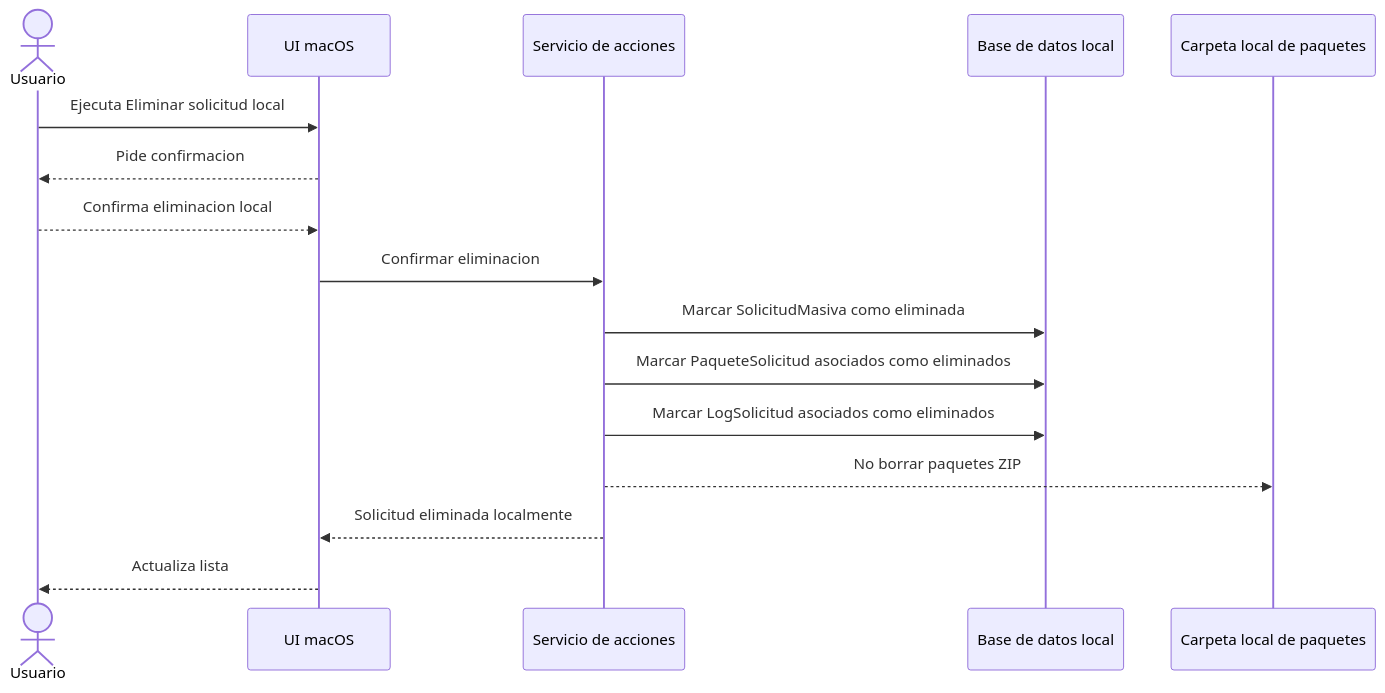
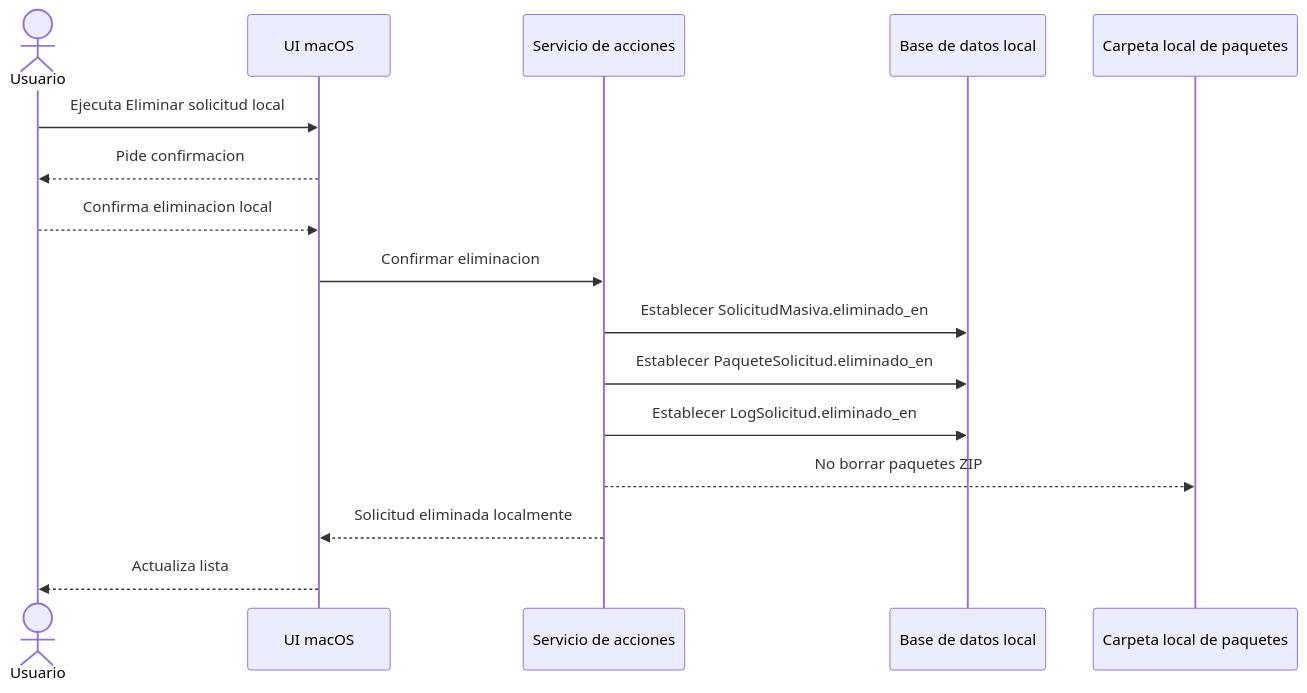
Before and after one commit to irritila/sat-cfdi-downloader: diagram 11 of 21 in docs/architecture.md, drawn with Mermaid. The commit also changed other lines of this file and 6 other files, not shown here.

````diff
--- a/docs/architecture.md
+++ b/docs/architecture.md
@@ -682,19 +697,19 @@
 ```mermaid
 sequenceDiagram
     actor Usuario
     participant UI as UI macOS
     participant Acciones as Servicio de acciones
     participant DB as Base de datos local
     participant Archivos as Carpeta local de paquetes
 
     Usuario->>UI: Ejecuta Eliminar solicitud local
     UI-->>Usuario: Pide confirmacion
     Usuario-->>UI: Confirma eliminacion local
     UI->>Acciones: Confirmar eliminacion
-    Acciones->>DB: Marcar SolicitudMasiva como eliminada
-    Acciones->>DB: Marcar PaqueteSolicitud asociados como eliminados
-    Acciones->>DB: Marcar LogSolicitud asociados como eliminados
+    Acciones->>DB: Establecer SolicitudMasiva.eliminado_en
+    Acciones->>DB: Establecer PaqueteSolicitud.eliminado_en
+    Acciones->>DB: Establecer LogSolicitud.eliminado_en
     Acciones-->>Archivos: No borrar paquetes ZIP
     Acciones-->>UI: Solicitud eliminada localmente
     UI-->>Usuario: Actualiza lista
 ```
````
